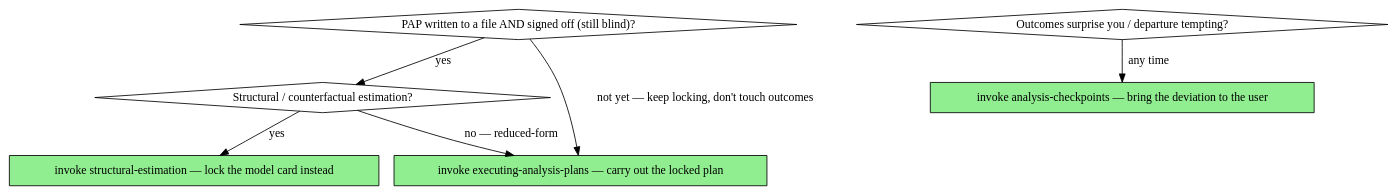
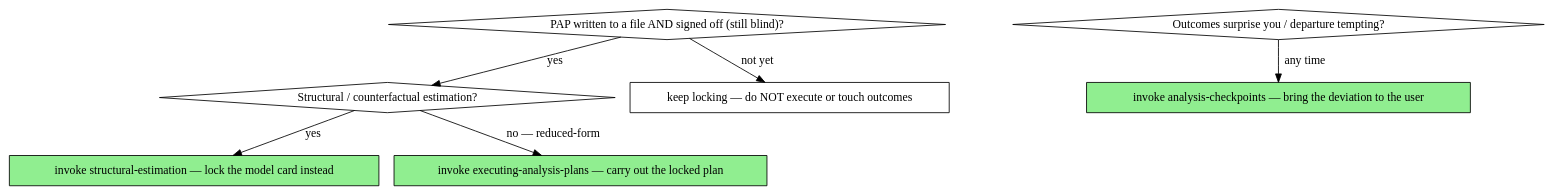
Before and after one commit to lancegui/causal-powers: the diagram in skills/pre-analysis-plan/SKILL.md, drawn with Graphviz. The commit also changed 2 other files, not shown here.

Commit message:
F6: restoring-fix citation rule, PAP graph edge, debugging routing line
An unsigned PAP now routes to 'keep locking', not the execute node;
restoring fixes must cite the written line that establishes intent
(data-preparation's stricter Phase-1 rule wins); wrong-number vs
systematic-debugging get a dividing line.

````diff
--- a/skills/pre-analysis-plan/SKILL.md
+++ b/skills/pre-analysis-plan/SKILL.md
@@ -70,15 +70,16 @@
 ```dot
 digraph pre_analysis_plan_next {
     "PAP written to a file AND signed off (still blind)?" [shape=diamond];
     "Structural / counterfactual estimation?" [shape=diamond];
     "invoke structural-estimation — lock the model card instead" [shape=box style=filled fillcolor=lightgreen];
     "invoke executing-analysis-plans — carry out the locked plan" [shape=box style=filled fillcolor=lightgreen];
     "Outcomes surprise you / departure tempting?" [shape=diamond];
     "invoke analysis-checkpoints — bring the deviation to the user" [shape=box style=filled fillcolor=lightgreen];
     "PAP written to a file AND signed off (still blind)?" -> "Structural / counterfactual estimation?" [label="yes"];
-    "PAP written to a file AND signed off (still blind)?" -> "invoke executing-analysis-plans — carry out the locked plan" [label="not yet — keep locking, don't touch outcomes"];
+    "keep locking — do NOT execute or touch outcomes" [shape=box];
+    "PAP written to a file AND signed off (still blind)?" -> "keep locking — do NOT execute or touch outcomes" [label="not yet"];
     "Structural / counterfactual estimation?" -> "invoke structural-estimation — lock the model card instead" [label="yes"];
     "Structural / counterfactual estimation?" -> "invoke executing-analysis-plans — carry out the locked plan" [label="no — reduced-form"];
     "Outcomes surprise you / departure tempting?" -> "invoke analysis-checkpoints — bring the deviation to the user" [label="any time"];
 }
 ```
````
